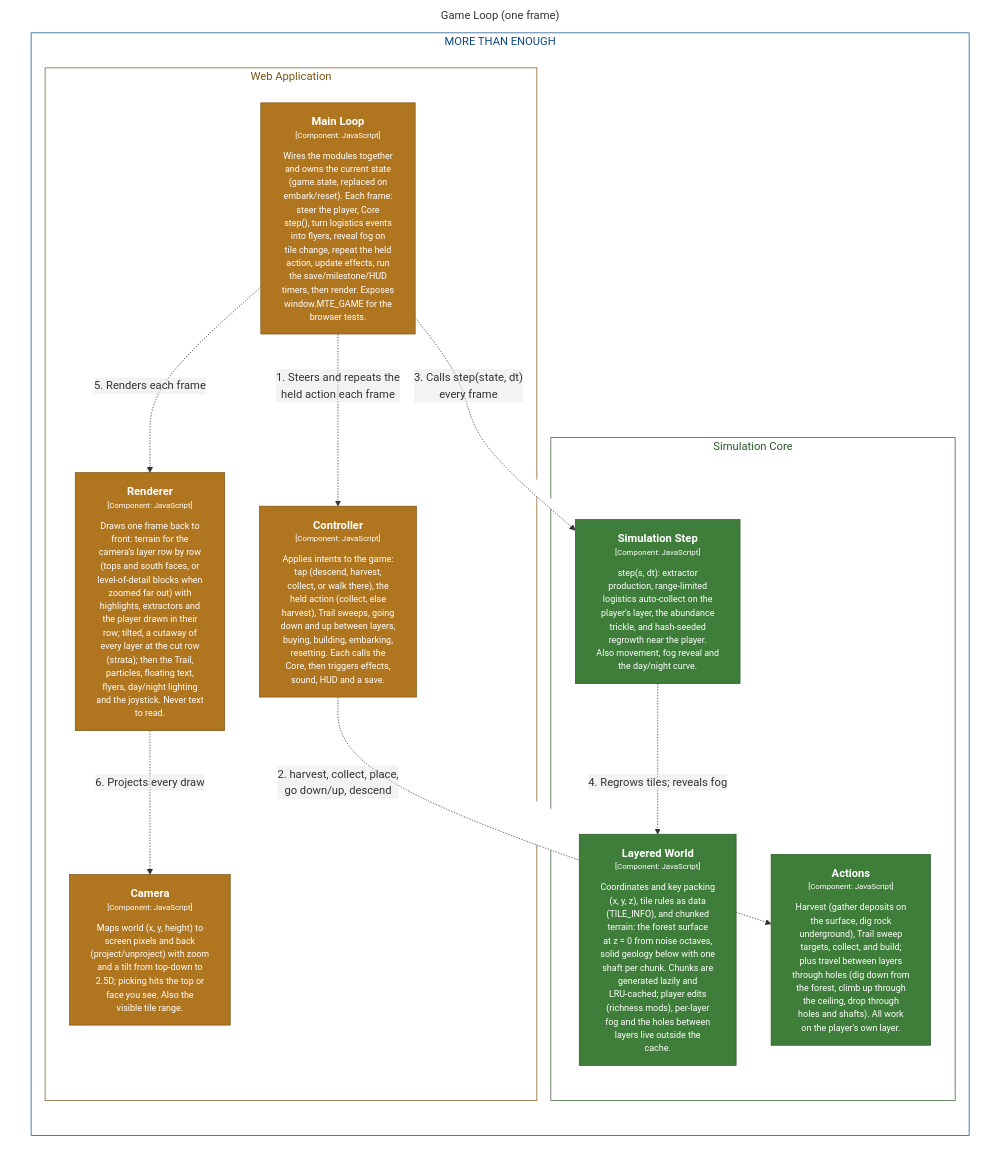
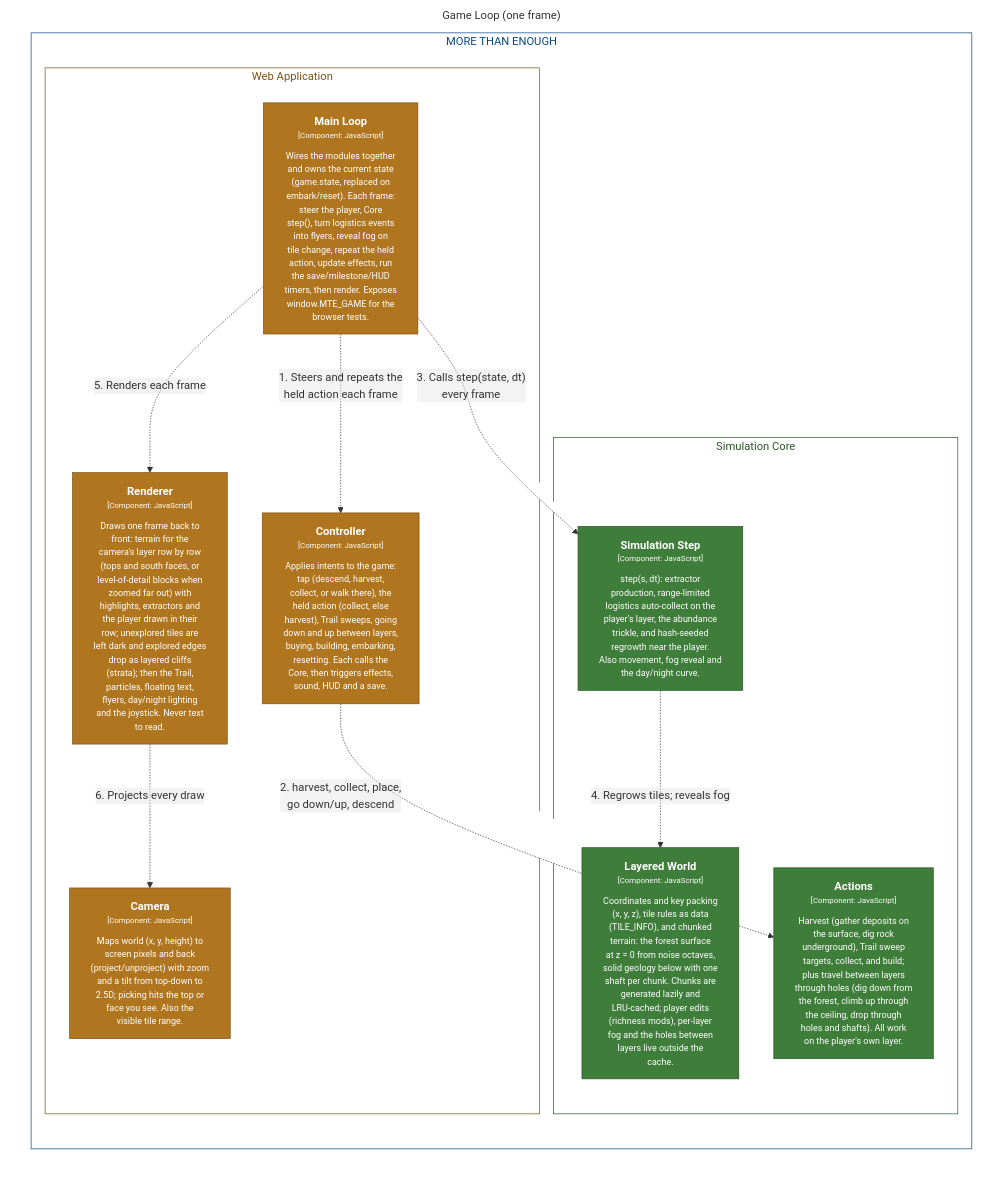
The diagram in structurizr/diagrams/GameLoop.mmd (bitkojine/more-than-enough), drawn with Mermaid before and after one commit. The commit also changed 18 other files, not shown here.

First line of the commit message:
v0.23.0: the known world is a plateau, edges drop as layered cliffs

```diff
--- a/structurizr/diagrams/GameLoop.mmd
+++ b/structurizr/diagrams/GameLoop.mmd
@@ -1,44 +1,44 @@
 %% Generated from structurizr/workspace.dsl — do not edit; run: node structurizr/scripts/structurizr.mjs mermaid
 graph LR
   linkStyle default fill:#ffffff
 
   subgraph diagram ["Game Loop (one frame)"]
     style diagram fill:#ffffff,stroke:#ffffff
 
     subgraph 3 ["MORE THAN ENOUGH"]
       style 3 fill:#ffffff,stroke:#0b4884,color:#0b4884
 
       subgraph 15 ["Simulation Core"]
         style 15 fill:#ffffff,stroke:#2c5728,color:#2c5728
 
         16["<div style='font-weight: bold'>Layered World</div><div style='font-size: 70%; margin-top: 0px'>[Component: JavaScript]</div><div style='font-size: 80%; margin-top:10px'>Coordinates and key packing<br />(x, y, z), tile rules as data<br />(TILE_INFO), and chunked<br />terrain: the forest surface<br />at z = 0 from noise octaves,<br />solid geology below with one<br />shaft per chunk. Chunks are<br />generated lazily and<br />LRU-cached; player edits<br />(richness mods), per-layer<br />fog and the holes between<br />layers live outside the<br />cache.</div>"]
         style 16 fill:#3f7d3a,stroke:#2c5728,color:#ffffff
         18["<div style='font-weight: bold'>Simulation Step</div><div style='font-size: 70%; margin-top: 0px'>[Component: JavaScript]</div><div style='font-size: 80%; margin-top:10px'>step(s, dt): extractor<br />production, range-limited<br />logistics auto-collect on the<br />player's layer, the abundance<br />trickle, and hash-seeded<br />regrowth near the player.<br />Also movement, fog reveal and<br />the day/night curve.</div>"]
         style 18 fill:#3f7d3a,stroke:#2c5728,color:#ffffff
         19["<div style='font-weight: bold'>Actions</div><div style='font-size: 70%; margin-top: 0px'>[Component: JavaScript]</div><div style='font-size: 80%; margin-top:10px'>Harvest (gather deposits on<br />the surface, dig rock<br />underground), Trail sweep<br />targets, collect, and build;<br />plus travel between layers<br />through holes (dig down from<br />the forest, climb up through<br />the ceiling, drop through<br />holes and shafts). All work<br />on the player's own layer.</div>"]
         style 19 fill:#3f7d3a,stroke:#2c5728,color:#ffffff
       end
 
       subgraph 4 ["Web Application"]
         style 4 fill:#ffffff,stroke:#7b5215,color:#7b5215
 
         5["<div style='font-weight: bold'>Main Loop</div><div style='font-size: 70%; margin-top: 0px'>[Component: JavaScript]</div><div style='font-size: 80%; margin-top:10px'>Wires the modules together<br />and owns the current state<br />(game.state, replaced on<br />embark/reset). Each frame:<br />steer the player, Core<br />step(), turn logistics events<br />into flyers, reveal fog on<br />tile change, repeat the held<br />action, update effects, run<br />the save/milestone/HUD<br />timers, then render. Exposes<br />window.MTE_GAME for the<br />browser tests.</div>"]
         style 5 fill:#b0761f,stroke:#7b5215,color:#ffffff
         7["<div style='font-weight: bold'>Controller</div><div style='font-size: 70%; margin-top: 0px'>[Component: JavaScript]</div><div style='font-size: 80%; margin-top:10px'>Applies intents to the game:<br />tap (descend, harvest,<br />collect, or walk there), the<br />held action (collect, else<br />harvest), Trail sweeps, going<br />down and up between layers,<br />buying, building, embarking,<br />resetting. Each calls the<br />Core, then triggers effects,<br />sound, HUD and a save.</div>"]
         style 7 fill:#b0761f,stroke:#7b5215,color:#ffffff
         8["<div style='font-weight: bold'>Camera</div><div style='font-size: 70%; margin-top: 0px'>[Component: JavaScript]</div><div style='font-size: 80%; margin-top:10px'>Maps world (x, y, height) to<br />screen pixels and back<br />(project/unproject) with zoom<br />and a tilt from top-down to<br />2.5D; picking hits the top or<br />face you see. Also the<br />visible tile range.</div>"]
         style 8 fill:#b0761f,stroke:#7b5215,color:#ffffff
-        9["<div style='font-weight: bold'>Renderer</div><div style='font-size: 70%; margin-top: 0px'>[Component: JavaScript]</div><div style='font-size: 80%; margin-top:10px'>Draws one frame back to<br />front: terrain for the<br />camera's layer row by row<br />(tops and south faces, or<br />level-of-detail blocks when<br />zoomed far out) with<br />highlights, extractors and<br />the player drawn in their<br />row; tilted, a cutaway of<br />every layer at the cut row<br />(strata); then the Trail,<br />particles, floating text,<br />flyers, day/night lighting<br />and the joystick. Never text<br />to read.</div>"]
+        9["<div style='font-weight: bold'>Renderer</div><div style='font-size: 70%; margin-top: 0px'>[Component: JavaScript]</div><div style='font-size: 80%; margin-top:10px'>Draws one frame back to<br />front: terrain for the<br />camera's layer row by row<br />(tops and south faces, or<br />level-of-detail blocks when<br />zoomed far out) with<br />highlights, extractors and<br />the player drawn in their<br />row; unexplored tiles are<br />left dark and explored edges<br />drop as layered cliffs<br />(strata); then the Trail,<br />particles, floating text,<br />flyers, day/night lighting<br />and the joystick. Never text<br />to read.</div>"]
         style 9 fill:#b0761f,stroke:#7b5215,color:#ffffff
       end
 
     end
 
     5-. "<div>1. Steers and repeats the<br />held action each frame</div><div style='font-size: 70%'></div>" .->7
     7-. "<div>2. harvest, collect, place,<br />go down/up, descend</div><div style='font-size: 70%'></div>" .->19
     5-. "<div>3. Calls step(state, dt)<br />every frame</div><div style='font-size: 70%'></div>" .->18
     18-. "<div>4. Regrows tiles; reveals fog</div><div style='font-size: 70%'></div>" .->16
     5-. "<div>5. Renders each frame</div><div style='font-size: 70%'></div>" .->9
     9-. "<div>6. Projects every draw</div><div style='font-size: 70%'></div>" .->8
 
   end
```
